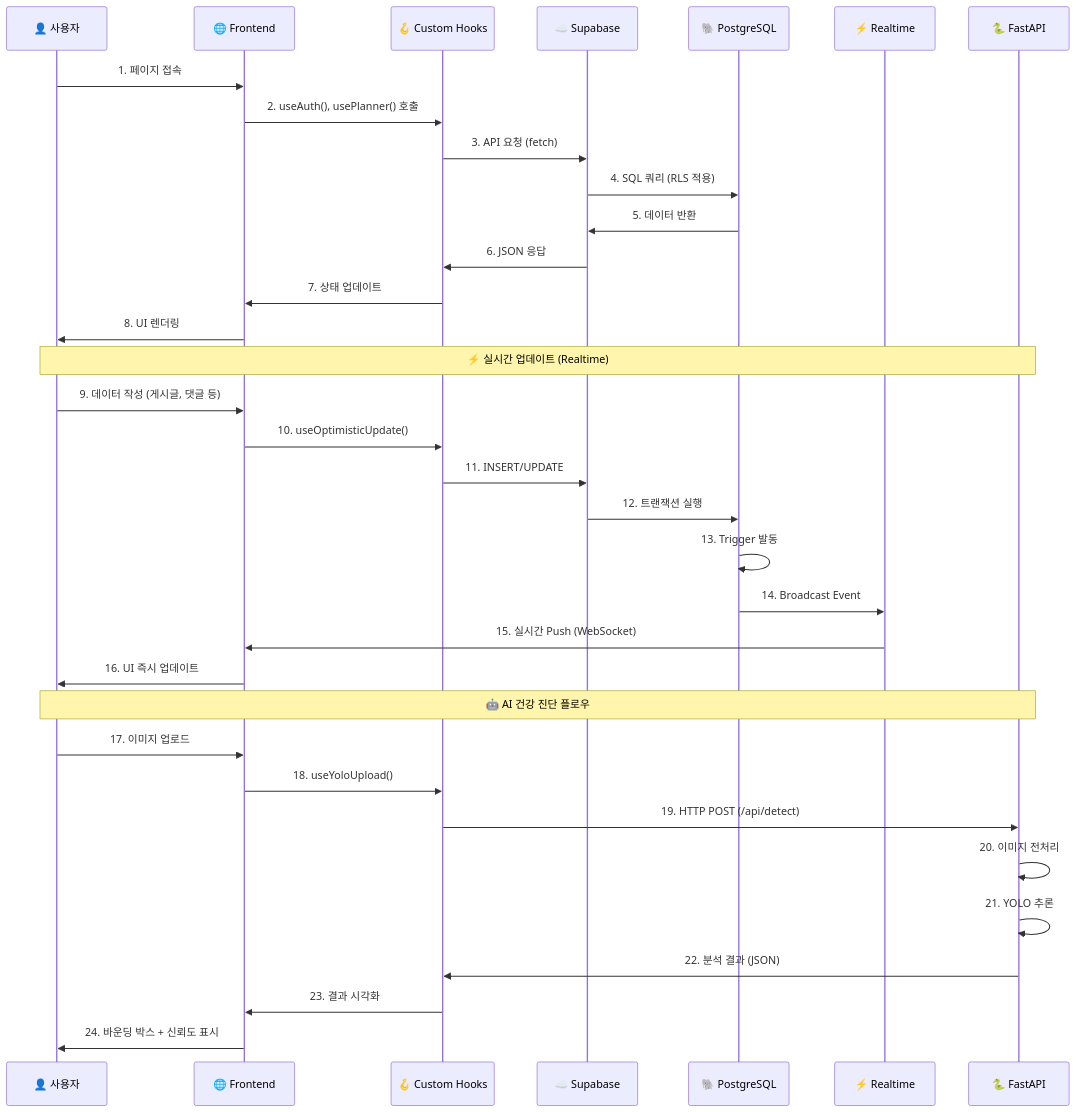
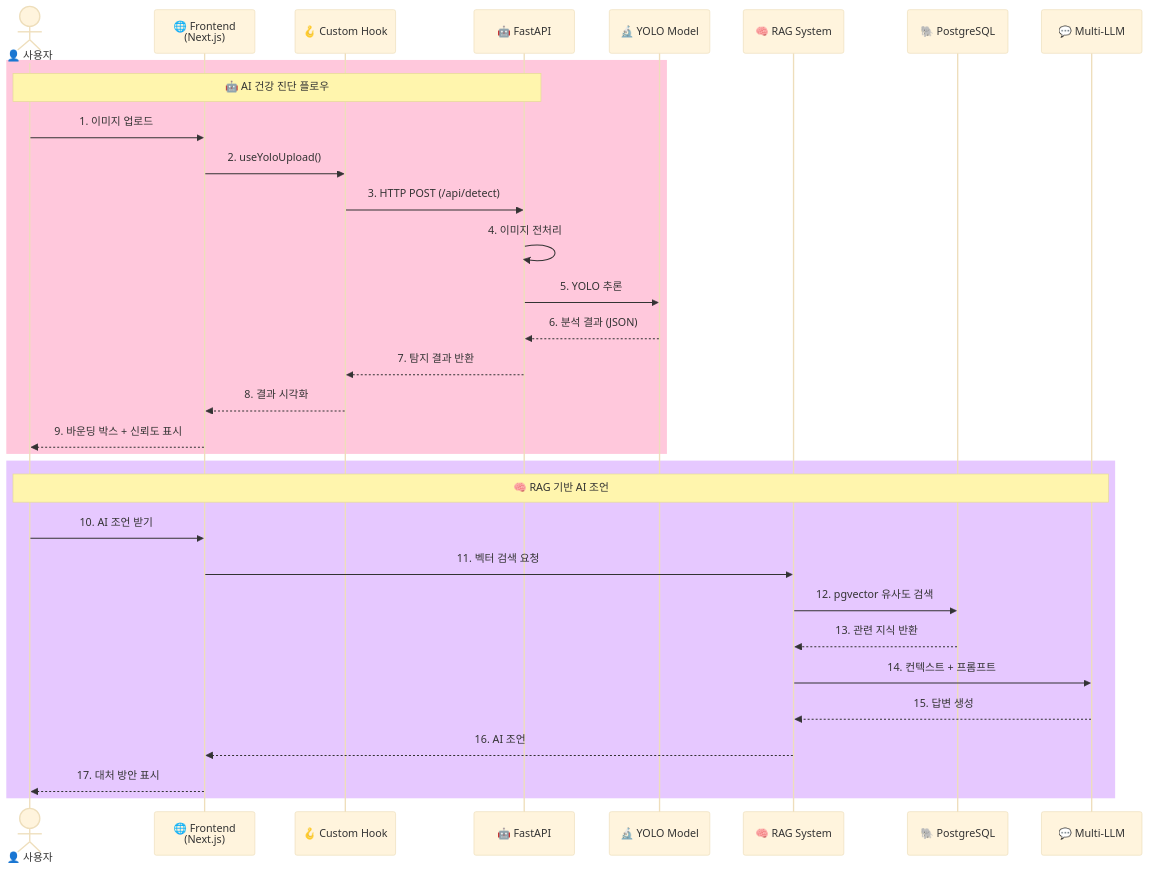
Before and after one commit to LYSS-LGU/wh07-3rd-Fetpal: the third of 9 diagrams in docs/04_시스템_아키텍처.md, drawn with Mermaid. The commit also changed other lines of this file and 1 other file, not shown here.

First line of the commit message:
docs: 04_시스템_아키텍처를 v3로 업데이트 및 구 PDF 삭제

````diff
--- a/docs/04_시스템_아키텍처.md
+++ b/docs/04_시스템_아키텍처.md
@@ -61,41 +74,37 @@
 ```mermaid
+%%{init: {'theme':'base', 'themeVariables': { 'fontSize':'22px', 'fontFamily':'arial'}}}%%
 sequenceDiagram
-    participant User as 👤 사용자
-    participant Frontend as 🌐 Frontend
-    participant Hooks as 🪝 Custom Hooks
-    participant Supabase as ☁️ Supabase
+    actor User as 👤 사용자
+    participant FE as 🌐 Frontend<br/>(Next.js)
+    participant Hook as 🪝 Custom Hook
+    participant AI as 🤖 FastAPI
+    participant YOLO as 🔬 YOLO Model
+    participant RAG as 🧠 RAG System
     participant DB as 🐘 PostgreSQL
-    participant Realtime as ⚡ Realtime
-    participant FastAPI as 🐍 FastAPI
+    participant LLM as 💬 Multi-LLM
 
-    User->>Frontend: 1. 페이지 접속
-    Frontend->>Hooks: 2. useAuth(), usePlanner() 호출
-    Hooks->>Supabase: 3. API 요청 (fetch)
-    Supabase->>DB: 4. SQL 쿼리 (RLS 적용)
-    DB->>Supabase: 5. 데이터 반환
-    Supabase->>Hooks: 6. JSON 응답
-    Hooks->>Frontend: 7. 상태 업데이트
-    Frontend->>User: 8. UI 렌더링
+    rect rgb(255, 200, 220)
+        Note over User,AI: 🤖 AI 건강 진단 플로우
+        User->>FE: 1. 이미지 업로드
+        FE->>Hook: 2. useYoloUpload()
+        Hook->>AI: 3. HTTP POST (/api/detect)
+        AI->>AI: 4. 이미지 전처리
+        AI->>YOLO: 5. YOLO 추론
+        YOLO-->>AI: 6. 분석 결과 (JSON)
+        AI-->>Hook: 7. 탐지 결과 반환
+        Hook-->>FE: 8. 결과 시각화
+        FE-->>User: 9. 바운딩 박스 + 신뢰도 표시
+    end
 
-    Note over User,FastAPI: ⚡ 실시간 업데이트 (Realtime)
-
-    User->>Frontend: 9. 데이터 작성 (게시글, 댓글 등)
-    Frontend->>Hooks: 10. useOptimisticUpdate()
-    Hooks->>Supabase: 11. INSERT/UPDATE
-    Supabase->>DB: 12. 트랜잭션 실행
-    DB->>DB: 13. Trigger 발동
-    DB->>Realtime: 14. Broadcast Event
-    Realtime->>Frontend: 15. 실시간 Push (WebSocket)
-    Frontend->>User: 16. UI 즉시 업데이트
-
-    Note over User,FastAPI: 🤖 AI 건강 진단 플로우
-
-    User->>Frontend: 17. 이미지 업로드
-    Frontend->>Hooks: 18. useYoloUpload()
-    Hooks->>FastAPI: 19. HTTP POST (/api/detect)
-    FastAPI->>FastAPI: 20. 이미지 전처리
-    FastAPI->>FastAPI: 21. YOLO 추론
-    FastAPI->>Hooks: 22. 분석 결과 (JSON)
-    Hooks->>Frontend: 23. 결과 시각화
-    Frontend->>User: 24. 바운딩 박스 + 신뢰도 표시
+    rect rgb(230, 200, 255)
+        Note over User,LLM: 🧠 RAG 기반 AI 조언
+        User->>FE: 10. AI 조언 받기
+        FE->>RAG: 11. 벡터 검색 요청
+        RAG->>DB: 12. pgvector 유사도 검색
+        DB-->>RAG: 13. 관련 지식 반환
+        RAG->>LLM: 14. 컨텍스트 + 프롬프트
+        LLM-->>RAG: 15. 답변 생성
+        RAG-->>FE: 16. AI 조언
+        FE-->>User: 17. 대처 방안 표시
+    end
 ```
````
